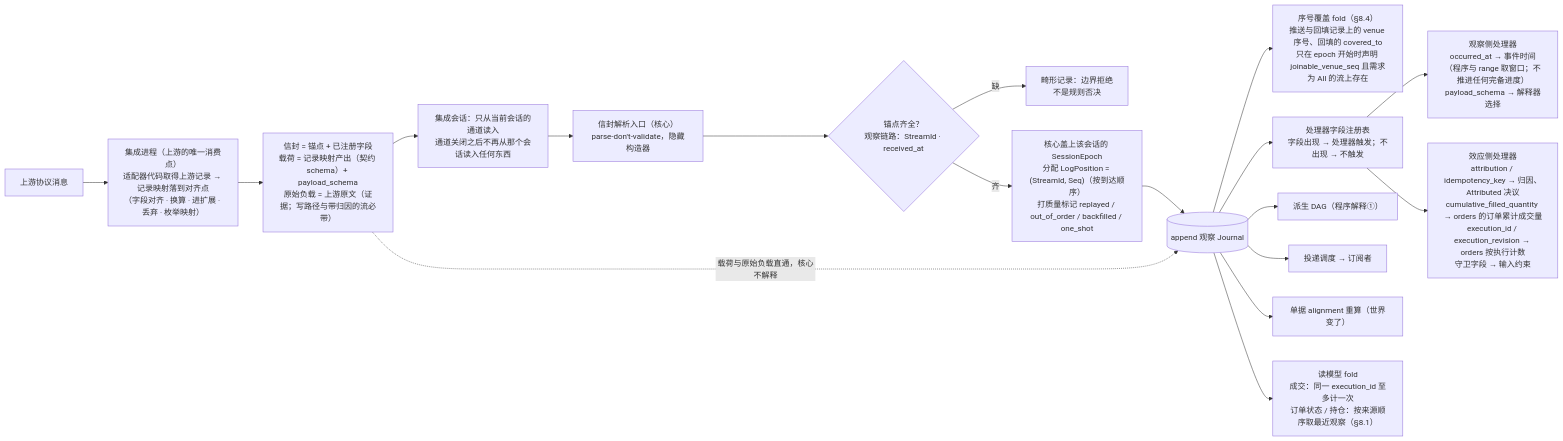
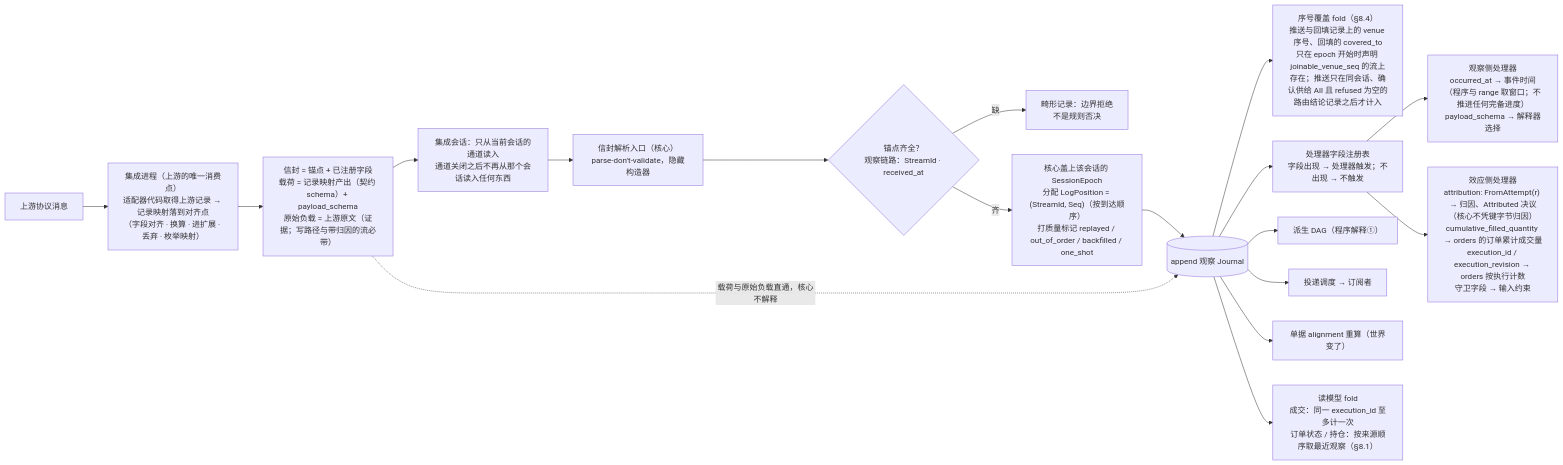
One commit to mouriya-s-lab/uta changed the first of 4 diagrams in design/diagrams/02-record-model.md. Above: the diagram before and after it, drawn with Mermaid. The commit also changed other lines of this file and 8 other files, not shown here.

Commit message:
design: push_ordered as fourth declared order evidence, coverage from route-conclusion records with route re-sent per stream epoch, mid-session stream epochs, opaque completeness token downstream, sources without session state, diagram fixes

````diff
--- a/design/diagrams/02-record-model.md
+++ b/design/diagrams/02-record-model.md
@@ -9,20 +9,20 @@
 ```mermaid
 flowchart LR
   UP["上游协议消息"] --> INT["集成进程（上游的唯一消费点）<br/>适配器代码取得上游记录 → 记录映射落到对齐点<br/>（字段对齐 · 换算 · 进扩展 · 丢弃 · 枚举映射）"]
   INT --> ENV["信封 = 锚点 + 已注册字段<br/>载荷 = 记录映射产出（契约 schema）+ payload_schema<br/>原始负载 = 上游原文（证据；写路径与带归因的流必带）"]
   ENV --> CH["集成会话：只从当前会话的通道读入<br/>通道关闭之后不再从那个会话读入任何东西"]
   CH --> PARSE["信封解析入口（核心）<br/>parse-don't-validate，隐藏构造器"]
   PARSE --> ANCH{"锚点齐全？<br/>观察链路：StreamId · received_at"}
   ANCH -->|"缺"| MAL["畸形记录：边界拒绝<br/>不是规则否决"]
   ANCH -->|"齐"| POS["核心盖上该会话的 SessionEpoch<br/>分配 LogPosition = (StreamId, Seq)（按到达顺序）<br/>打质量标记 replayed / out_of_order / backfilled / one_shot"]
   POS --> APPEND[("append 观察 Journal")]
-  APPEND --> COV["序号覆盖 fold（§8.4）<br/>推送与回填记录上的 venue 序号、回填的 covered_to<br/>只在 epoch 开始时声明 joinable_venue_seq 且需求为 All 的流上存在"]
+  APPEND --> COV["序号覆盖 fold（§8.4）<br/>推送与回填记录上的 venue 序号、回填的 covered_to<br/>只在 epoch 开始时声明 joinable_venue_seq 的流上存在；推送只在同会话、确认供给 All 且 refused 为空的路由结论记录之后才计入"]
   APPEND --> REG["处理器字段注册表<br/>字段出现 → 处理器触发；不出现 → 不触发"]
   REG --> OH["观察侧处理器<br/>occurred_at → 事件时间（程序与 range 取窗口；不推进任何完备进度）<br/>payload_schema → 解释器选择"]
-  REG --> EH["效应侧处理器<br/>attribution / idempotency_key → 归因、Attributed 决议<br/>cumulative_filled_quantity → orders 的订单累计成交量<br/>execution_id / execution_revision → orders 按执行计数<br/>守卫字段 → 输入约束"]
+  REG --> EH["效应侧处理器<br/>attribution: FromAttempt(r) → 归因、Attributed 决议（核心不凭键字节归因）<br/>cumulative_filled_quantity → orders 的订单累计成交量<br/>execution_id / execution_revision → orders 按执行计数<br/>守卫字段 → 输入约束"]
   APPEND --> DAG["派生 DAG（程序解释①）"]
   APPEND --> DELIV["投递调度 → 订阅者"]
   APPEND --> TKT["单据 alignment 重算（世界变了）"]
   APPEND --> RM["读模型 fold<br/>成交：同一 execution_id 至多计一次<br/>订单状态 / 持仓：按来源顺序取最近观察（§8.1）"]
   ENV -.->|"载荷与原始负载直通，核心不解释"| APPEND
 ```
````
